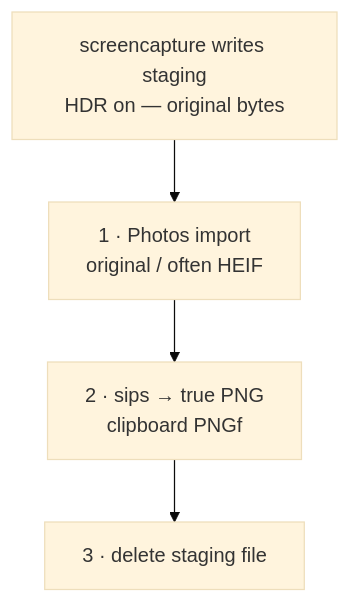
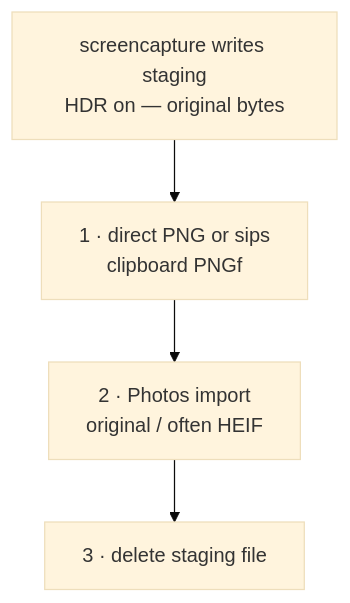
One commit to travisjneuman/macos-screenshot-pipeline changed the third of 3 diagrams in README.md. Above: the diagram before and after it, drawn with Mermaid (base theme). The commit also changed other lines of this file and 20 other files, not shown here.

````diff
--- a/README.md
+++ b/README.md
@@ -76,7 +76,7 @@
 ```mermaid
 flowchart TB
   SC["screencapture writes staging<br/>HDR on — original bytes"]
-  SC --> PH["1 · Photos import<br/>original / often HEIF"]
-  PH --> CB["2 · sips → true PNG<br/>clipboard PNGf"]
-  CB --> RM["3 · delete staging file"]
+  SC --> CB["1 · direct PNG or sips<br/>clipboard PNGf"]
+  CB --> PH["2 · Photos import<br/>original / often HEIF"]
+  PH --> RM["3 · delete staging file"]
 ```
````
